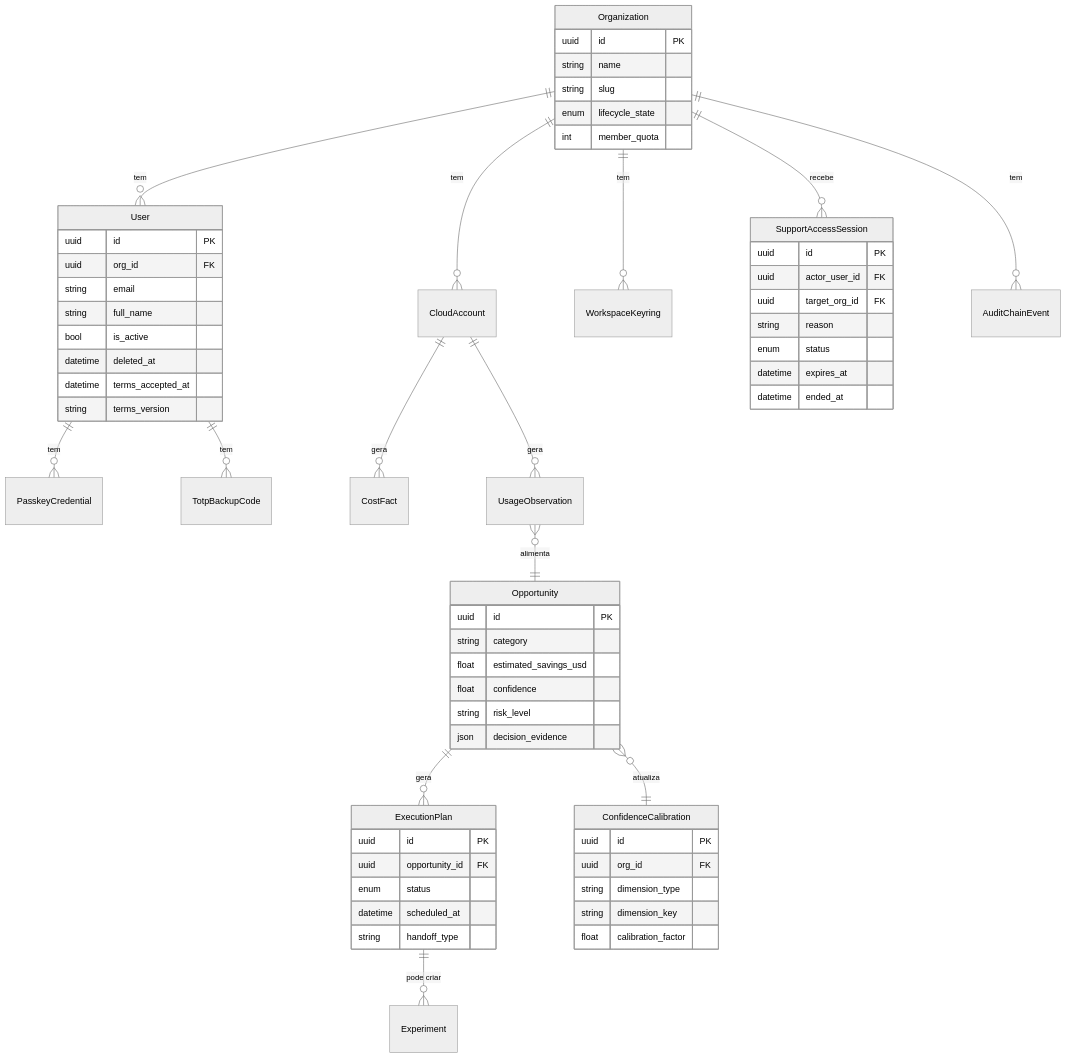
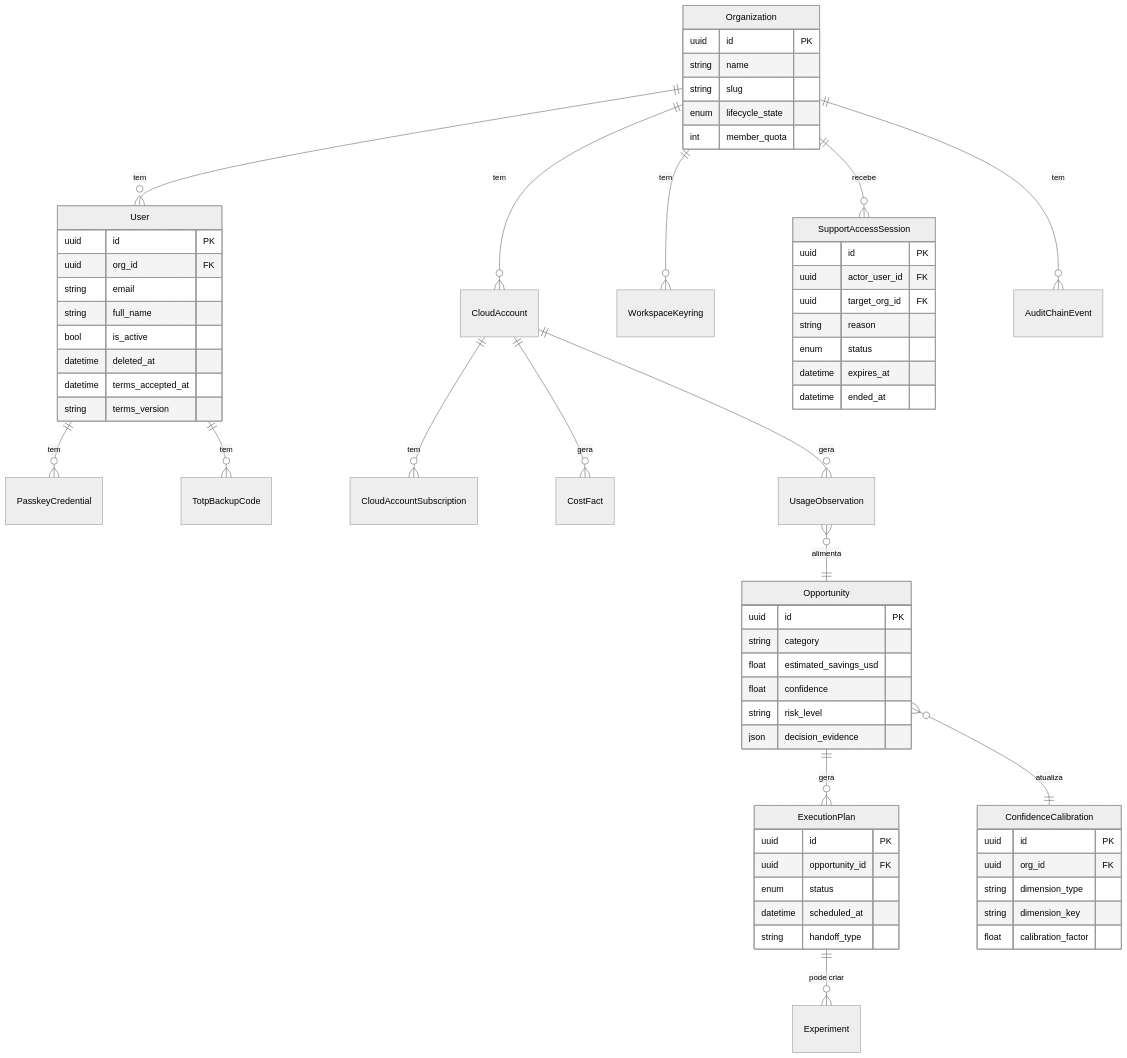
One commit to FilipiWanderley/CauSium changed the ninth of 21 diagrams in README.md. Above: the diagram before and after it, drawn with Mermaid (neutral theme). The commit also changed other lines of this file, not shown here.

Commit message:
docs: document enterprise multi-subscription architecture

````diff
--- a/README.md
+++ b/README.md
@@ -502,73 +505,74 @@
 ```mermaid
 erDiagram
     Organization ||--o{ User : "tem"
     Organization ||--o{ CloudAccount : "tem"
     Organization ||--o{ WorkspaceKeyring : "tem"
     Organization ||--o{ SupportAccessSession : "recebe"
     Organization ||--o{ AuditChainEvent : "tem"
 
     User ||--o{ PasskeyCredential : "tem"
     User ||--o{ TotpBackupCode : "tem"
 
+    CloudAccount ||--o{ CloudAccountSubscription : "tem"
     CloudAccount ||--o{ CostFact : "gera"
     CloudAccount ||--o{ UsageObservation : "gera"
 
     UsageObservation }o--|| Opportunity : "alimenta"
     Opportunity ||--o{ ExecutionPlan : "gera"
     Opportunity }o--|| ConfidenceCalibration : "atualiza"
     ExecutionPlan ||--o{ Experiment : "pode criar"
 
     Organization {
         uuid id PK
         string name
         string slug
         enum lifecycle_state
         int member_quota
     }
 
     User {
         uuid id PK
         uuid org_id FK
         string email
         string full_name
         bool is_active
         datetime deleted_at
         datetime terms_accepted_at
         string terms_version
     }
 
     Opportunity {
         uuid id PK
         string category
         float estimated_savings_usd
         float confidence
         string risk_level
         json decision_evidence
     }
 
     ExecutionPlan {
         uuid id PK
         uuid opportunity_id FK
         enum status
         datetime scheduled_at
         string handoff_type
     }
 
     ConfidenceCalibration {
         uuid id PK
         uuid org_id FK
         string dimension_type
         string dimension_key
         float calibration_factor
     }
 
     SupportAccessSession {
         uuid id PK
         uuid actor_user_id FK
         uuid target_org_id FK
         string reason
         enum status
         datetime expires_at
         datetime ended_at
     }
 ```
````
